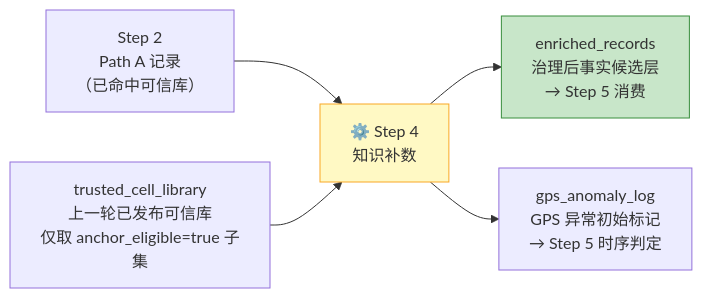
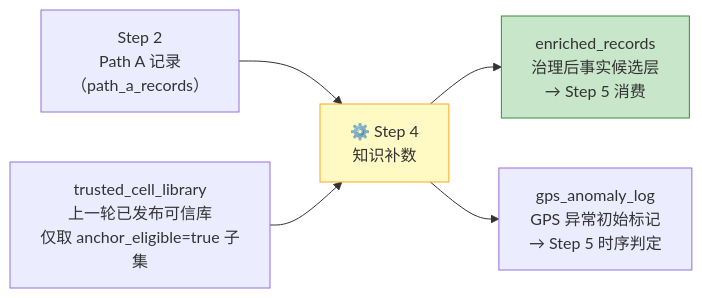
The first of 5 diagrams in rebuild5/docs/human_guide/04_Step4_知识补数.md (laoyang75/OptiNet), drawn with Mermaid before and after one commit. The commit also changed other lines of this file and 169 other files, not shown here.

````diff
--- a/rebuild5/docs/human_guide/04_Step4_知识补数.md
+++ b/rebuild5/docs/human_guide/04_Step4_知识补数.md
@@ -9,18 +9,18 @@
 ```mermaid
 flowchart LR
-    S2_A["Step 2\nPath A 记录\n（已命中可信库）"]
+    S2_A["Step 2\nPath A 记录\n（path_a_records）"]
     LIB["trusted_cell_library\n上一轮已发布可信库\n仅取 anchor_eligible=true 子集"]
 
     S4["⚙️ Step 4\n知识补数"]
 
     ER["enriched_records\n治理后事实候选层\n→ Step 5 消费"]
     AL["gps_anomaly_log\nGPS 异常初始标记\n→ Step 5 时序判定"]
 
     S2_A --> S4
     LIB --> S4
     S4 --> ER
     S4 --> AL
 
     style S4 fill:#fff9c4,stroke:#f9a825
     style ER fill:#c8e6c9,stroke:#388e3c
 ```
````
